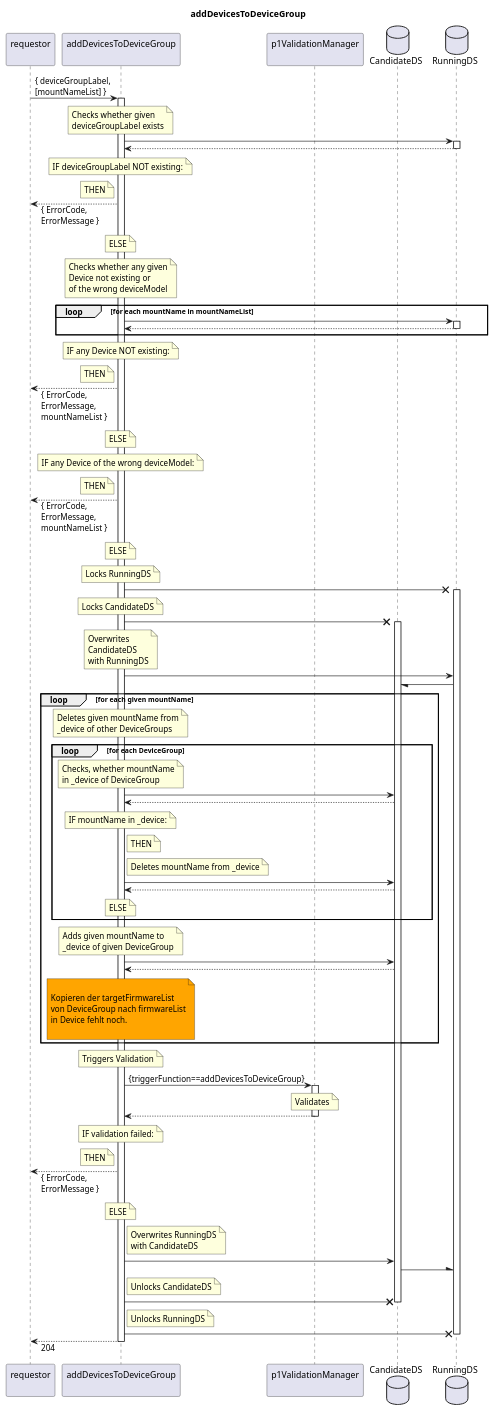
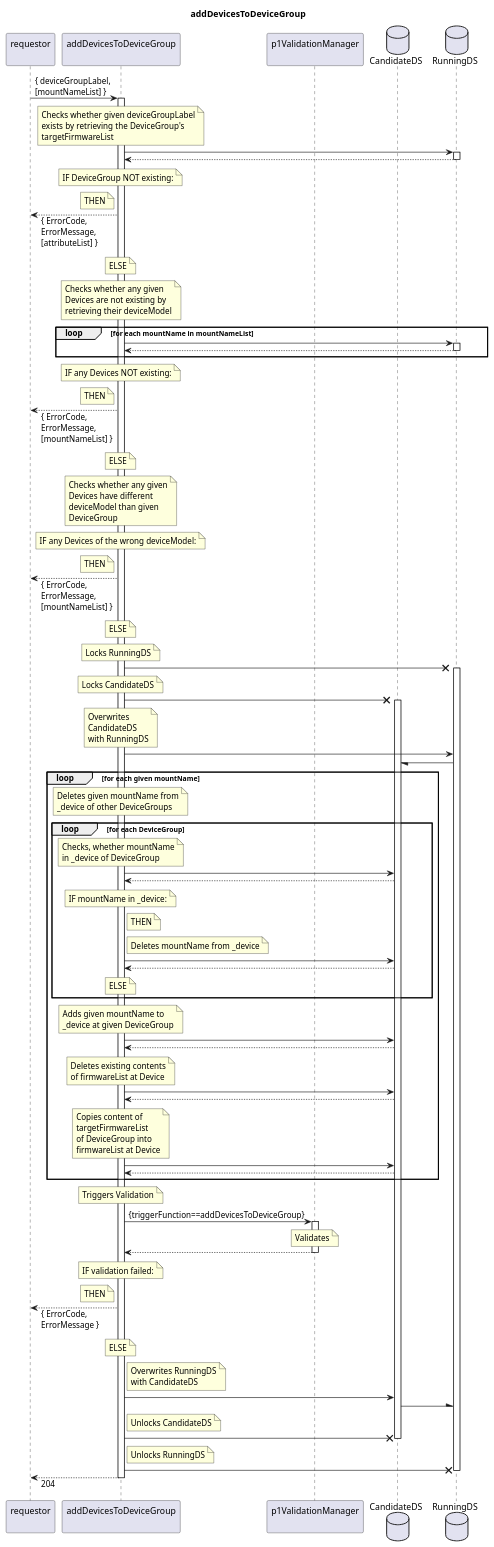
One commit to openBackhaul/FirmWareManager changed the diagram in spec/Services/addDevicesToDeviceGroup/1.0.0/addDevicesToDeviceGroup.plantuml. Above: the diagram before and after it, drawn with PlantUML. The commit also changed 19 other files, not shown here.

```diff
--- a/spec/Services/addDevicesToDeviceGroup/1.0.0/addDevicesToDeviceGroup.plantuml
+++ b/spec/Services/addDevicesToDeviceGroup/1.0.0/addDevicesToDeviceGroup.plantuml
@@ -1,173 +1,188 @@
 @startuml addDevicesToDeviceGroup
 skinparam responseMessageBelowArrow true
 
 title
   addDevicesToDeviceGroup
 end title
 
 participant "requestor\n" as requestor
 participant "addDevicesToDeviceGroup\n" as addDevice
 participant "p1ValidationManager\n" as valiMan
 database "CandidateDS" as CanDS
 database "RunningDS" as RunDS
 
 requestor -> addDevice: { deviceGroupLabel,\n[mountNameList] }
 activate addDevice
 
   note over addDevice
-    Checks whether given
-    deviceGroupLabel exists
+    Checks whether given deviceGroupLabel
+    exists by retrieving the DeviceGroup's
+    targetFirmwareList
   end note
   addDevice -> RunDS
   activate RunDS
   addDevice <-- RunDS
   deactivate RunDS
   note over addDevice
-    IF deviceGroupLabel NOT existing:
+    IF DeviceGroup NOT existing:
   end note
   note left addDevice
     THEN
   end note
-  requestor <-- addDevice: { ErrorCode,\nErrorMessage }
+  requestor <-- addDevice: { ErrorCode,\nErrorMessage,\n[attributeList] }
   note over addDevice
     ELSE
   end note
 
   note over addDevice
     Checks whether any given
-    Device not existing or 
-    of the wrong deviceModel
+    Devices are not existing by 
+    retrieving their deviceModel
   end note
   loop for each mountName in mountNameList
     addDevice -> RunDS
     activate RunDS
     addDevice <-- RunDS
     deactivate RunDS
   end loop
   note over addDevice
-    IF any Device NOT existing:
+    IF any Devices NOT existing:
   end note
   note left addDevice
     THEN
   end note
-  requestor <-- addDevice: { ErrorCode,\nErrorMessage,\nmountNameList }
+  requestor <-- addDevice: { ErrorCode,\nErrorMessage,\n[mountNameList] }
   note over addDevice
     ELSE
   end note
+
   note over addDevice
-    IF any Device of the wrong deviceModel:
+    Checks whether any given
+    Devices have different 
+    deviceModel than given
+    DeviceGroup
+  end note
+  note over addDevice
+    IF any Devices of the wrong deviceModel:
   end note
   note left addDevice
     THEN
   end note
-  requestor <-- addDevice: { ErrorCode,\nErrorMessage,\nmountNameList }
+  requestor <-- addDevice: { ErrorCode,\nErrorMessage,\n[mountNameList] }
   note over addDevice
     ELSE
   end note
 
   note over addDevice
     Locks RunningDS
   end note
   addDevice -X RunDS
   activate RunDS
   note over addDevice
     Locks CandidateDS
   end note
   addDevice -X CanDS
   activate CanDS
   note over addDevice
     Overwrites
     CandidateDS
     with RunningDS
   end note
   addDevice -> RunDS
   RunDS -/ CanDS
 
   loop for each given mountName
     note over addDevice
       Deletes given mountName from
       _device of other DeviceGroups
     end note
     loop for each DeviceGroup
       note over addDevice
         Checks, whether mountName
         in _device of DeviceGroup
       end note
       addDevice -> CanDS
       addDevice <-- CanDS
       note over addDevice
         IF mountName in _device:
       end note
       note right addDevice
         THEN
       end note
       note right addDevice
         Deletes mountName from _device
       end note
       addDevice -> CanDS
       addDevice <-- CanDS
       note over addDevice
         ELSE
       end note
     end loop
 
     note over addDevice
       Adds given mountName to
-      _device of given DeviceGroup
+      _device at given DeviceGroup
     end note
     addDevice -> CanDS
     addDevice <-- CanDS
 
-    note over addDevice #Orange
+    note over addDevice
+      Deletes existing contents
+      of firmwareList at Device
+    end note
+    addDevice -> CanDS
+    addDevice <-- CanDS
 
-      Kopieren der targetFirmwareList 
-      von DeviceGroup nach firmwareList
-      in Device fehlt noch.
-    
+    note over addDevice
+      Copies content of 
+      targetFirmwareList
+      of DeviceGroup into
+      firmwareList at Device
     end note
-
+    addDevice -> CanDS
+    addDevice <-- CanDS
   end loop
 
   note over addDevice
     Triggers Validation
   end note
   addDevice -> valiMan: {triggerFunction==addDevicesToDeviceGroup}
   activate valiMan
     note over valiMan
       Validates
     end note
   addDevice <-- valiMan
   deactivate valiMan
   note over addDevice
     IF validation failed:
   end note
   note left addDevice
     THEN
   end note
   requestor <-- addDevice: { ErrorCode,\nErrorMessage }
   note over addDevice
     ELSE
   end note
 
   note right addDevice
     Overwrites RunningDS
     with CandidateDS
   end note
   addDevice -> CanDS
   CanDS -\ RunDS
   note right addDevice
     Unlocks CandidateDS
   end note
   addDevice -X CanDS
   deactivate CanDS
   note right addDevice
     Unlocks RunningDS
   end note
   addDevice -X RunDS
   deactivate RunDS
 
   requestor <-- addDevice: 204
 
 deactivate addDevice
 
 @enduml
```
